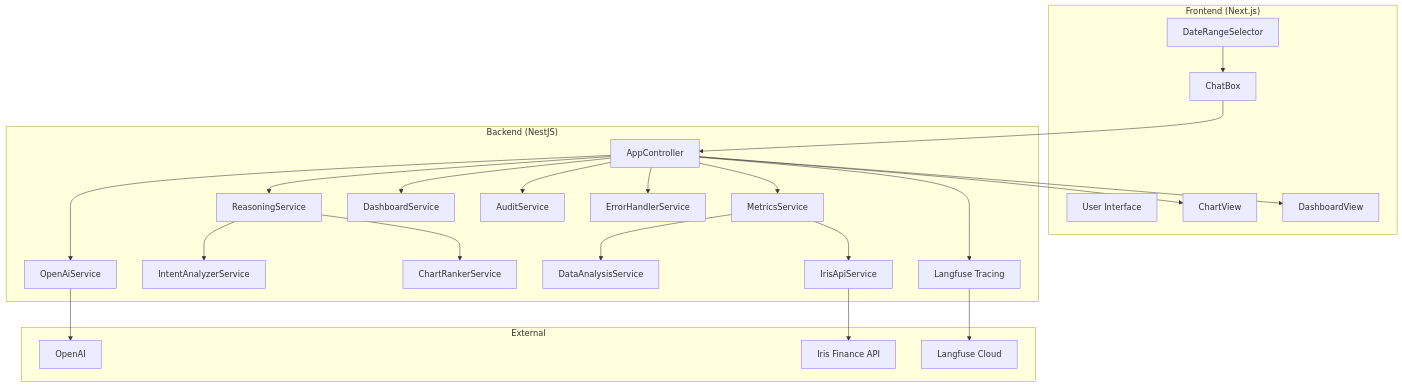
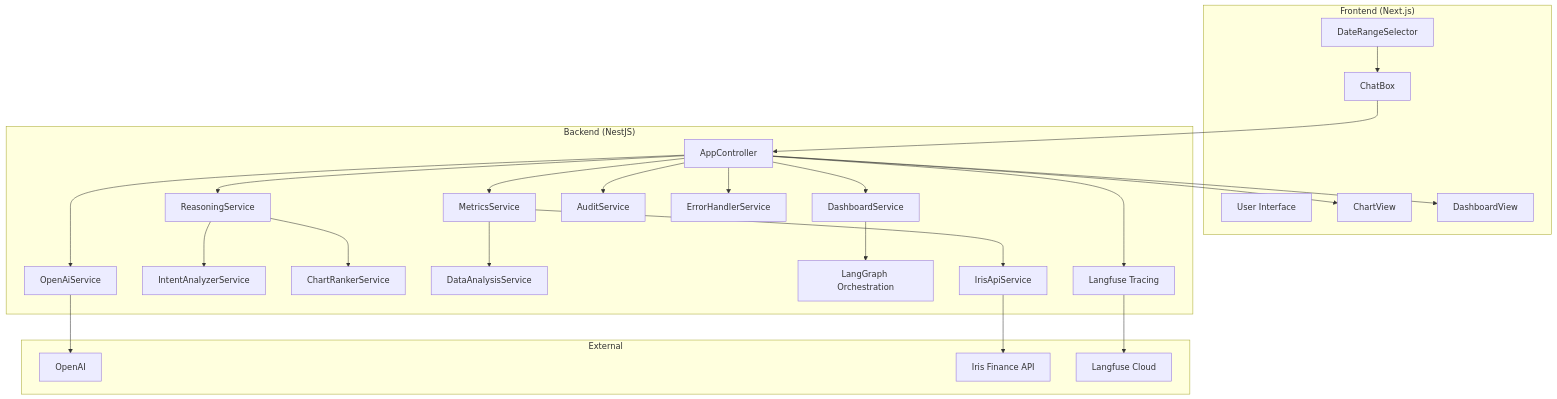
The diagram in README.md (a-d-king/iris_chat_to_chart), drawn with Mermaid before and after one commit. The commit also changed other lines of this file and 2 other files, not shown here.

````diff
--- a/README.md
+++ b/README.md
@@ -78,47 +90,49 @@
 ```mermaid
 graph TB
     subgraph "Frontend (Next.js)"
         UI[User Interface]
         ChatBox[ChatBox]
         DateSelector[DateRangeSelector]
         ChartView[ChartView]
         DashboardView[DashboardView]
     end
 
     subgraph "Backend (NestJS)"
         API[AppController]
         OpenAI[OpenAiService]
         Reasoning[ReasoningService]
         IntentAnalyzer[IntentAnalyzerService]
         ChartRanker[ChartRankerService]
         Metrics[MetricsService]
         DataAnalysis[DataAnalysisService]
         Dashboard[DashboardService]
+        DashboardGraph[LangGraph Orchestration]
         Audit[AuditService]
         IrisAPI[IrisApiService]
         ErrorHandler[ErrorHandlerService]
         Langfuse[Langfuse Tracing]
     end
 
     subgraph "External"
         GPT4[OpenAI]
         Iris[Iris Finance API]
         LangfuseCloud[Langfuse Cloud]
     end
 
     ChatBox --> API
     DateSelector --> ChatBox
     API --> Metrics
     Metrics --> IrisAPI --> Iris
     Metrics --> DataAnalysis
     API --> OpenAI --> GPT4
     API --> Reasoning
     Reasoning --> IntentAnalyzer
     Reasoning --> ChartRanker
     API --> Dashboard
+    Dashboard --> DashboardGraph
     API --> Audit
     API --> ChartView
     API --> DashboardView
     API --> ErrorHandler
     API --> Langfuse --> LangfuseCloud
 ```
````
